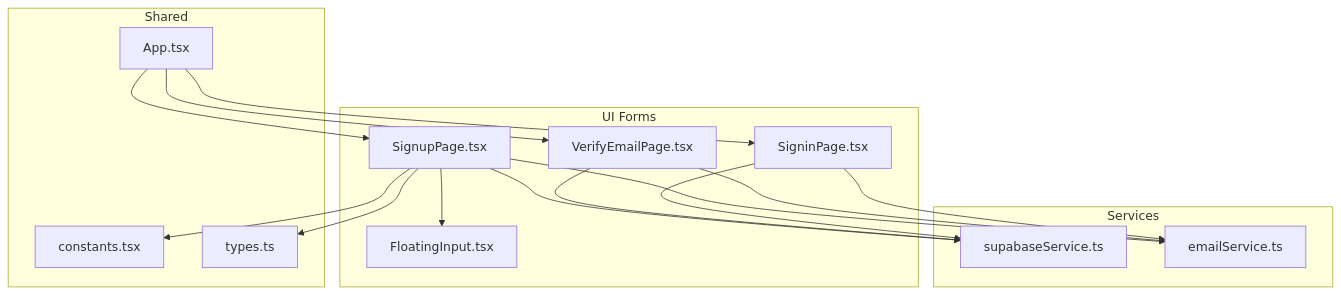
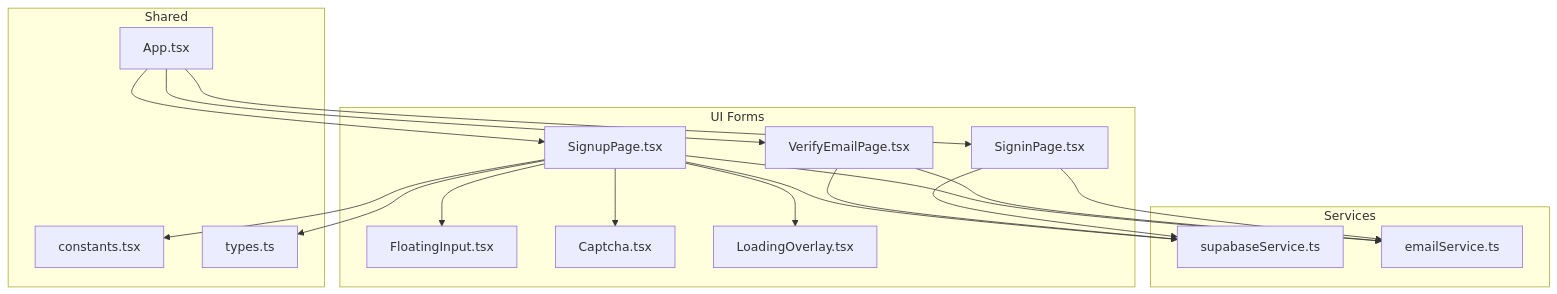
One commit to zpria/ACCOUND-ZPRIA changed the first of 6 diagrams in .qoder/repowiki/en/content/Authentication System/User Registration.md. Above: the diagram before and after it, drawn with Mermaid. The commit also changed other lines of this file and 12 other files, not shown here.

````diff
--- a/.qoder/repowiki/en/content/Authentication System/User Registration.md
+++ b/.qoder/repowiki/en/content/Authentication System/User Registration.md
@@ -45,30 +53,34 @@
 ```mermaid
 graph TB
 subgraph "UI Forms"
 S["SignupPage.tsx"]
 V["VerifyEmailPage.tsx"]
 L["SigninPage.tsx"]
 F["FloatingInput.tsx"]
+C["Captcha.tsx"]
+LO["LoadingOverlay.tsx"]
 end
 subgraph "Services"
 SS["supabaseService.ts"]
 ES["emailService.ts"]
 end
 subgraph "Shared"
-C["constants.tsx"]
-T["types.ts"]
-A["App.tsx"]
+CONST["constants.tsx"]
+TYPES["types.ts"]
+APP["App.tsx"]
 end
 S --> SS
 S --> ES
 S --> F
 S --> C
-S --> T
+S --> LO
+S --> CONST
+S --> TYPES
 V --> SS
 V --> ES
 L --> SS
 L --> ES
-A --> S
-A --> V
-A --> L
+APP --> S
+APP --> V
+APP --> L
 ```
````
